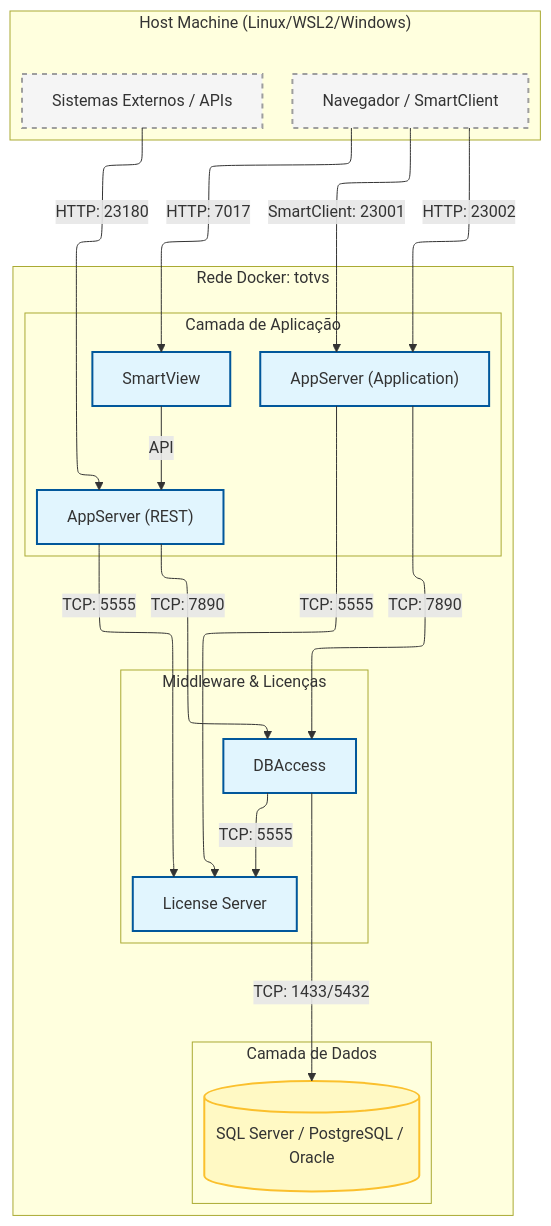
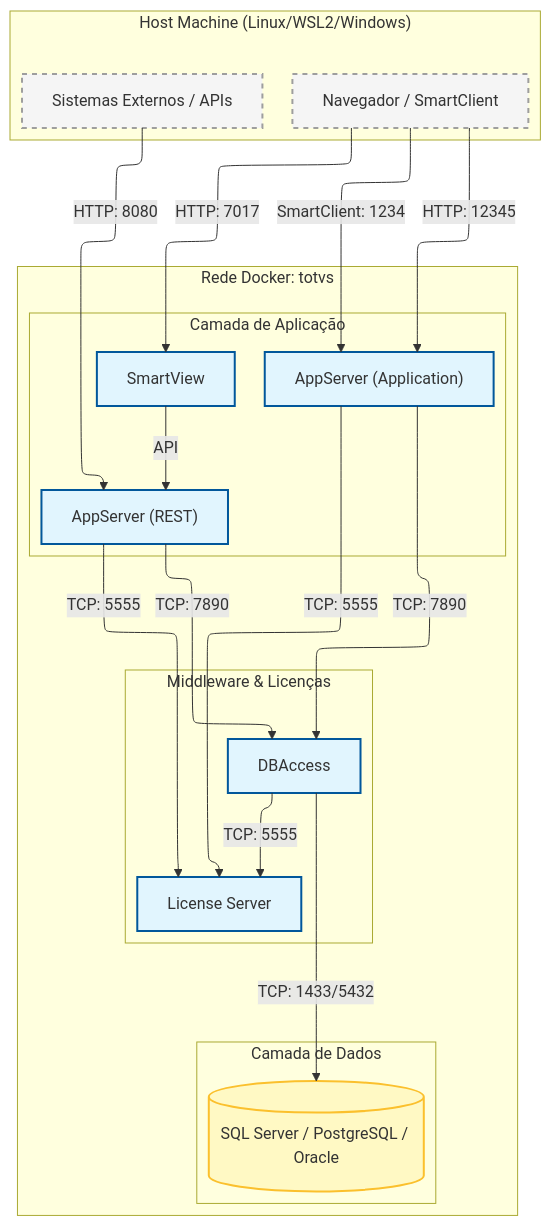
One commit to juliansantosinfo/TOTVS-Protheus-in-Docker changed the diagram in README.md. Above: the diagram before and after it, drawn with Mermaid. The commit also changed other lines of this file and 11 other files, not shown here.

````diff
--- a/README.md
+++ b/README.md
@@ -48,51 +48,51 @@
 ```mermaid
 ---
 config:
   layout: elk
 ---
 flowchart TB
  subgraph Host["Host Machine (Linux/WSL2/Windows)"]
         Browser["Navegador / SmartClient"]
         ExternalAPI["Sistemas Externos / APIs"]
   end
  subgraph Databases["Camada de Dados"]
         DB[("SQL Server / PostgreSQL / Oracle")]
   end
  subgraph Middleware["Middleware & Licenças"]
         DBA["DBAccess"]
         LIC["License Server"]
   end
  subgraph Application["Camada de Aplicação"]
         APP["AppServer (Application)"]
         REST["AppServer (REST)"]
         SmartView["SmartView"]
   end
  subgraph DockerNetwork["Rede Docker: totvs"]
         Databases
         Middleware
         Application
   end
-    Browser -- HTTP: 23002 --> APP
-    Browser -- SmartClient: 23001 --> APP
+    Browser -- HTTP: 12345 --> APP
+    Browser -- SmartClient: 1234 --> APP
     Browser -- HTTP: 7017 --> SmartView
-    ExternalAPI -- HTTP: 23180 --> REST
+    ExternalAPI -- HTTP: 8080 --> REST
     APP -- TCP: 7890 --> DBA
     REST -- TCP: 7890 --> DBA
     SmartView -- API --> REST
     APP -- TCP: 5555 --> LIC
     REST -- TCP: 5555 --> LIC
     DBA -- TCP: 5555 --> LIC
     DBA -- TCP: 1433/5432 --> DB
 
      Browser:::host
      ExternalAPI:::host
      DB:::db
      DBA:::container
      LIC:::container
      APP:::container
      REST:::container
      SmartView:::container
     classDef container fill:#e1f5fe,stroke:#01579b,stroke-width:2px
     classDef db fill:#fff9c4,stroke:#fbc02d,stroke-width:2px
     classDef host fill:#f5f5f5,stroke:#9e9e9e,stroke-width:2px,stroke-dasharray: 5 5
 ```
````
